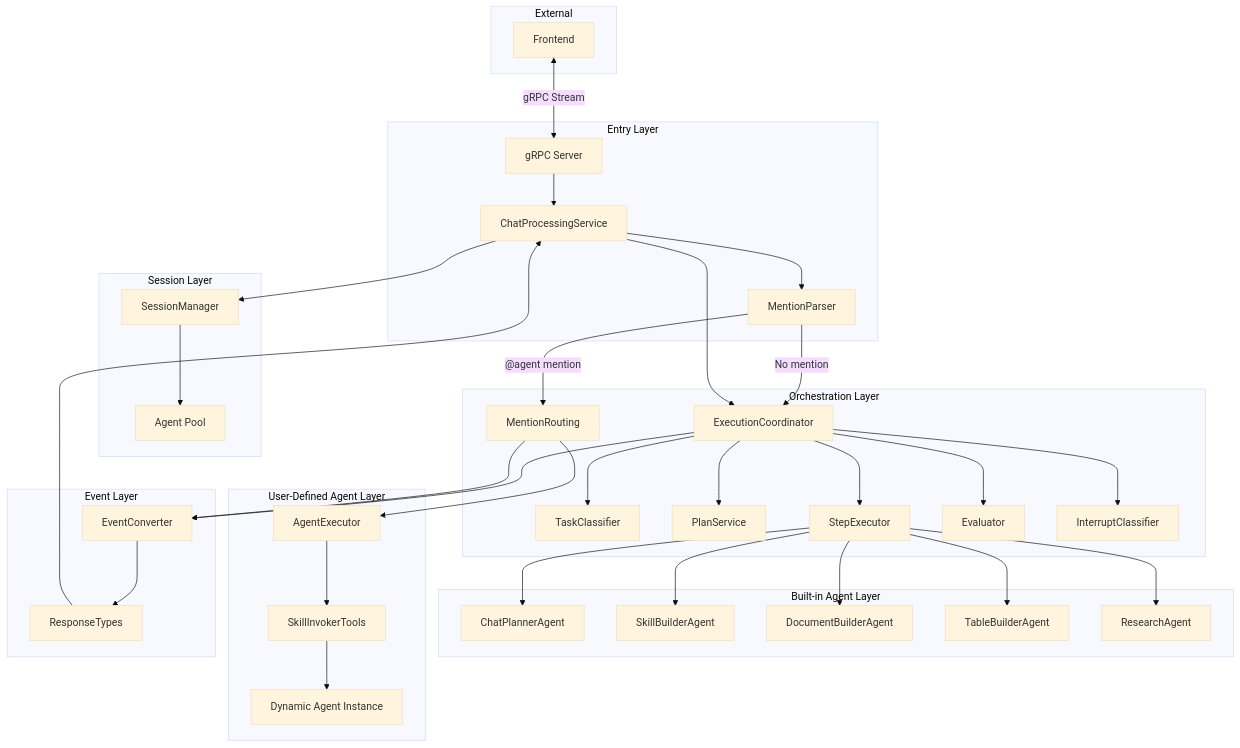
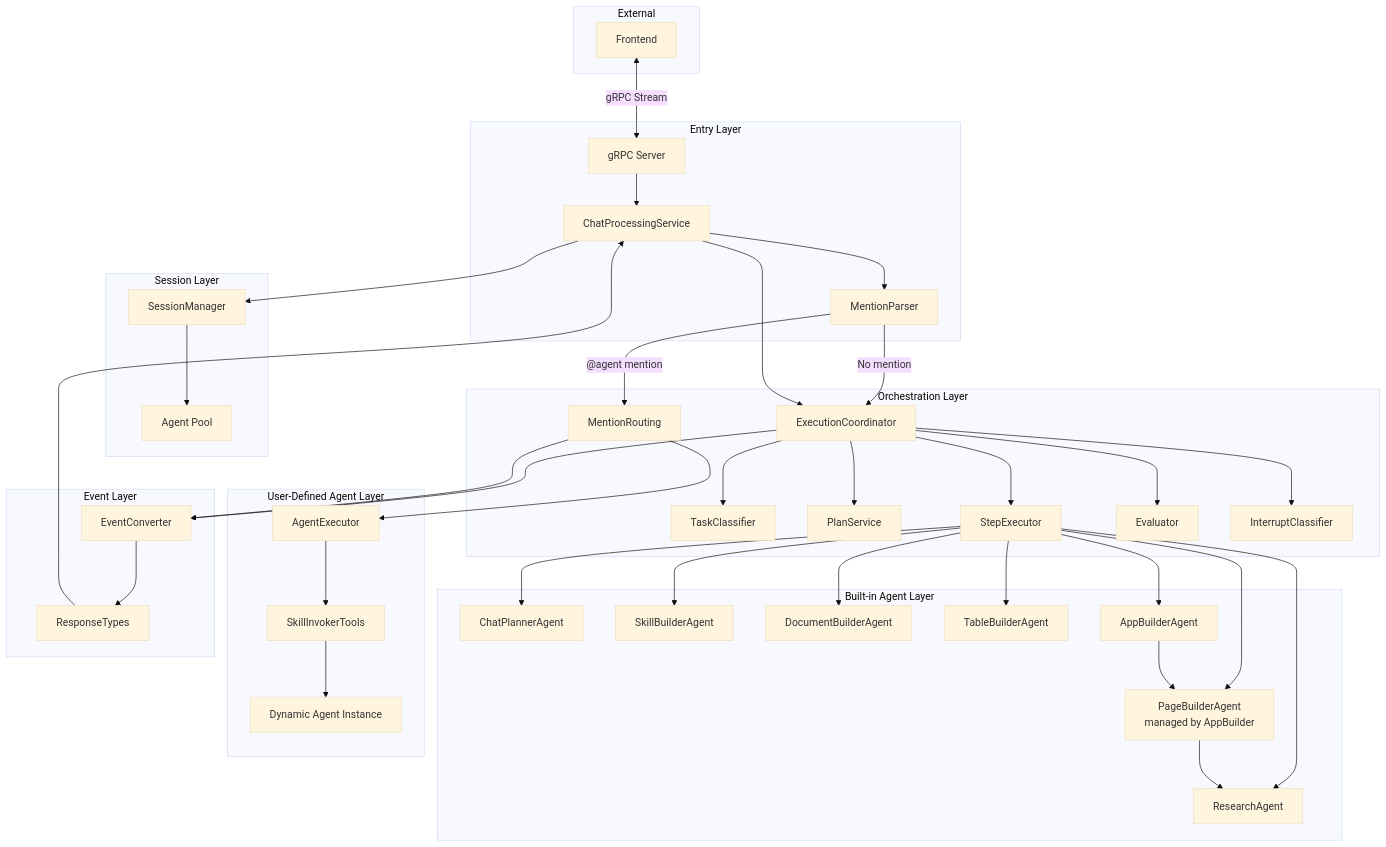
Diagram 21 of 22 in emery-agents/docs/ORCHESTRATION_FLOW.md (Lance-Kraakman/emery.AI), drawn with Mermaid (base theme) before and after one commit. The commit also changed other lines of this file and 10 other files, not shown here.

First line of the commit message:
feat(agents): add HITL workflow and pageState/dialogs support for app_builder

````diff
--- a/emery-agents/docs/ORCHESTRATION_FLOW.md
+++ b/emery-agents/docs/ORCHESTRATION_FLOW.md
@@ -639,72 +877,78 @@
 ```mermaid
 flowchart TB
     subgraph External["External"]
         FE[Frontend]
     end
 
     subgraph Entry["Entry Layer"]
         GRPC[gRPC Server]
         CPS[ChatProcessingService]
         MP[MentionParser]
     end
 
     subgraph Session["Session Layer"]
         SM[SessionManager]
         AGENTS[Agent Pool]
     end
 
     subgraph Orchestration["Orchestration Layer"]
         EC[ExecutionCoordinator]
         TC[TaskClassifier]
         PS[PlanService]
         SE[StepExecutor]
         EV[Evaluator]
         IC[InterruptClassifier]
         MR[MentionRouting]
     end
 
     subgraph Agents["Built-in Agent Layer"]
         CA[ChatPlannerAgent]
         SB[SkillBuilderAgent]
         DB[DocumentBuilderAgent]
         TB[TableBuilderAgent]
+        AB[AppBuilderAgent]
+        PB[PageBuilderAgent<br/>managed by AppBuilder]
         RA[ResearchAgent]
     end
 
     subgraph UserAgents["User-Defined Agent Layer"]
         AE[AgentExecutor]
         SIT[SkillInvokerTools]
         UA[Dynamic Agent Instance]
     end
 
     subgraph Events["Event Layer"]
         CONV[EventConverter]
         RESP[ResponseTypes]
     end
 
     FE <-->|gRPC Stream| GRPC
     GRPC --> CPS
     CPS --> MP
     MP -->|"@agent mention"| MR
     MP -->|"No mention"| EC
     MR --> AE
     AE --> SIT
     SIT --> UA
     CPS --> SM
     SM --> AGENTS
     CPS --> EC
     EC --> TC
     EC --> PS
     EC --> SE
     EC --> EV
     EC --> IC
     SE --> CA
     SE --> SB
     SE --> DB
     SE --> TB
+    SE --> AB
+    SE --> PB
     SE --> RA
+    AB --> PB
+    PB --> RA
     EC --> CONV
     MR --> CONV
     CONV --> RESP
     RESP --> CPS
 ```
````
